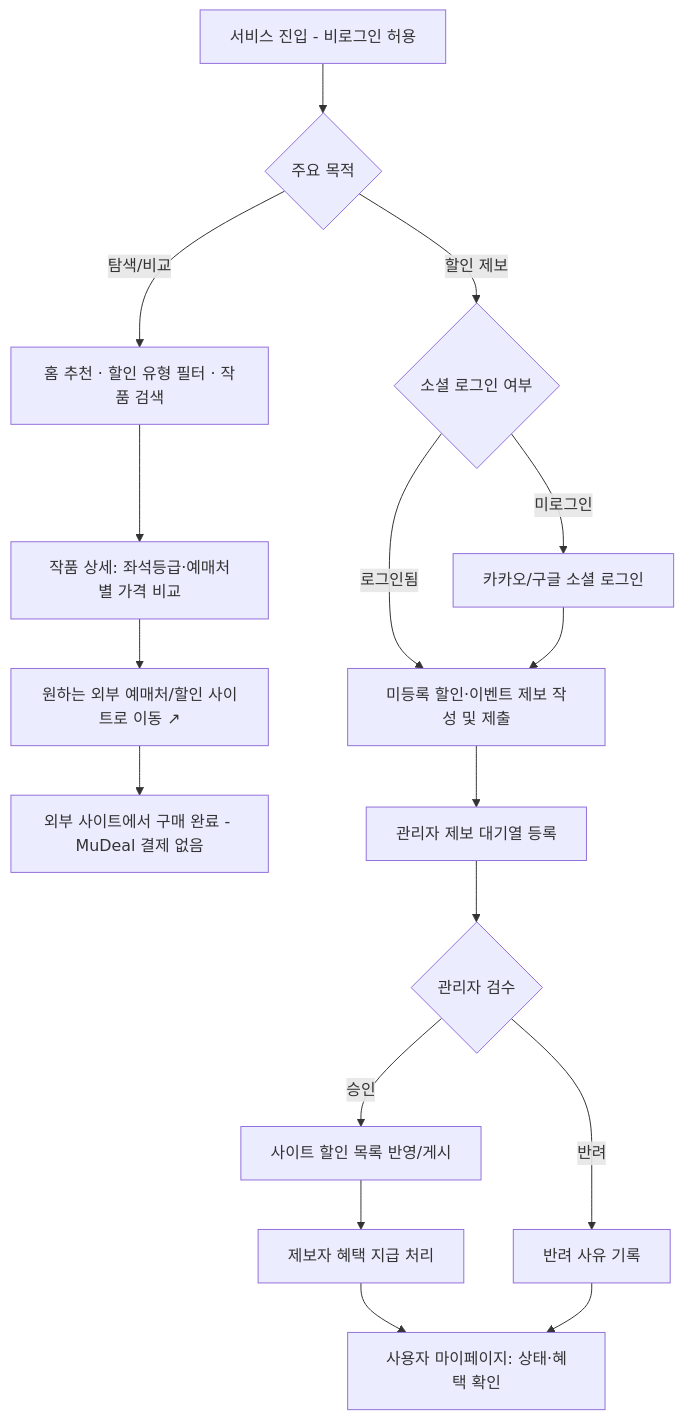
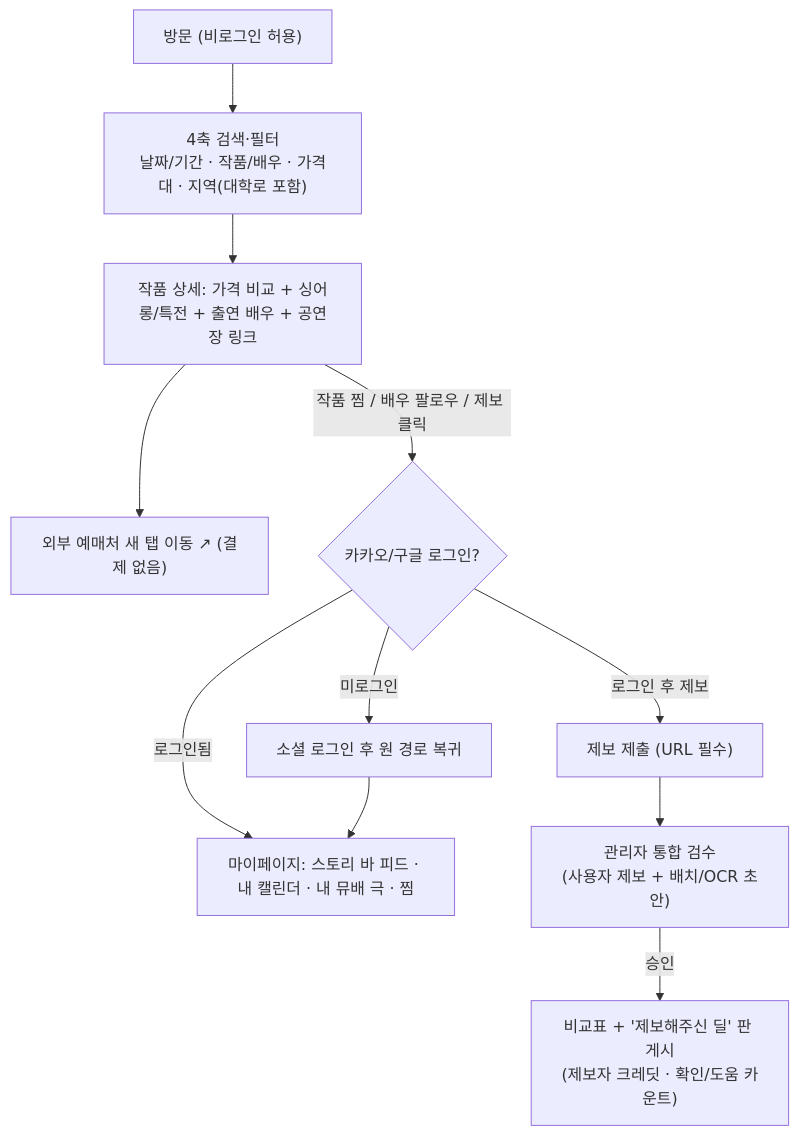
One commit to enhn16/MuDeal changed the diagram in waterfall/00-기획/서비스기획서.md. Above: the diagram before and after it, drawn with Mermaid. The commit also changed other lines of this file and 11 other files, not shown here.

````diff
--- a/waterfall/00-기획/서비스기획서.md
+++ b/waterfall/00-기획/서비스기획서.md
@@ -162,20 +76,15 @@
 ```mermaid
 flowchart TD
-    A[서비스 진입 - 비로그인 허용] --> B{주요 목적}
-    B -->|탐색/비교| C[홈 추천 · 할인 유형 필터 · 작품 검색]
-    C --> D[작품 상세: 좌석등급·예매처별 가격 비교]
-    D --> E[원하는 외부 예매처/할인 사이트로 이동 ↗]
-    E --> F[외부 사이트에서 구매 완료 - MuDeal 결제 없음]
+    A["방문 (비로그인 허용)"] --> B["4축 검색·필터\n날짜/기간 · 작품/배우 · 가격대 · 지역(대학로 포함)"]
+    B --> C["작품 상세: 가격 비교 + 싱어롱/특전 + 출연 배우 + 공연장 링크"]
+    C --> D["외부 예매처 새 탭 이동 ↗ (결제 없음)"]
 
-    B -->|할인 제보| G{소셜 로그인 여부}
-    G -->|미로그인| H[카카오/구글 소셜 로그인]
-    G -->|로그인됨| I[미등록 할인·이벤트 제보 작성 및 제출]
-    H --> I
-    I --> J[관리자 제보 대기열 등록]
-    J --> K{관리자 검수}
-    K -->|승인| L[사이트 할인 목록 반영/게시]
-    L --> M[제보자 혜택 지급 처리]
-    K -->|반려| N[반려 사유 기록]
-    M --> O[사용자 마이페이지: 상태·혜택 확인]
-    N --> O
+    C -->|"작품 찜 / 배우 팔로우 / 제보 클릭"| E{"카카오/구글 로그인?"}
+    E -->|미로그인| F["소셜 로그인 후 원 경로 복귀"]
+    E -->|로그인됨| G["마이페이지: 스토리 바 피드 · 내 캘린더 · 내 뮤배 극 · 찜"]
+    F --> G
+
+    E -->|"로그인 후 제보"| H["제보 제출 (URL 필수)"]
+    H --> I["관리자 통합 검수\n(사용자 제보 + 배치/OCR 초안)"]
+    I -->|승인| J["비교표 + '제보해주신 딜' 판 게시\n(제보자 크레딧 · 확인/도움 카운트)"]
 ```
````
